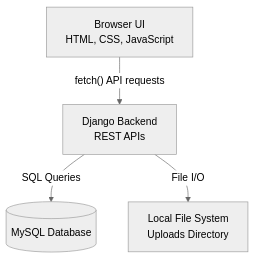
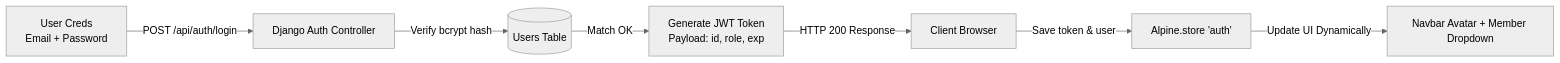
One commit to Abubakkar-Khan/coworkconnect changed the fourth of 8 diagrams in README.md. Above: the diagram before and after it, drawn with Mermaid (neutral theme). The commit also changed other lines of this file and 19 other files, not shown here.

````diff
--- a/README.md
+++ b/README.md
@@ -89,6 +285,9 @@
 ```mermaid
-flowchart TD
-    A[Browser UI<br/>HTML, CSS, JavaScript] -->|"fetch() API requests"| B[Django Backend<br/>REST APIs]
-    B -->|"SQL Queries"| C[(MySQL Database)]
-    B -->|"File I/O"| D[Local File System<br/>Uploads Directory]
+flowchart LR
+    A[User Creds<br/>Email + Password] -->|POST /api/auth/login| B[Django Auth Controller]
+    B -->|Verify bcrypt hash| C[(Users Table)]
+    C -->|Match OK| D[Generate JWT Token<br/>Payload: id, role, exp]
+    D -->|HTTP 200 Response| E[Client Browser]
+    E -->|Save token & user| F[Alpine.store 'auth']
+    F -->|Update UI Dynamically| G[Navbar Avatar + Member Dropdown]
 ```
````
